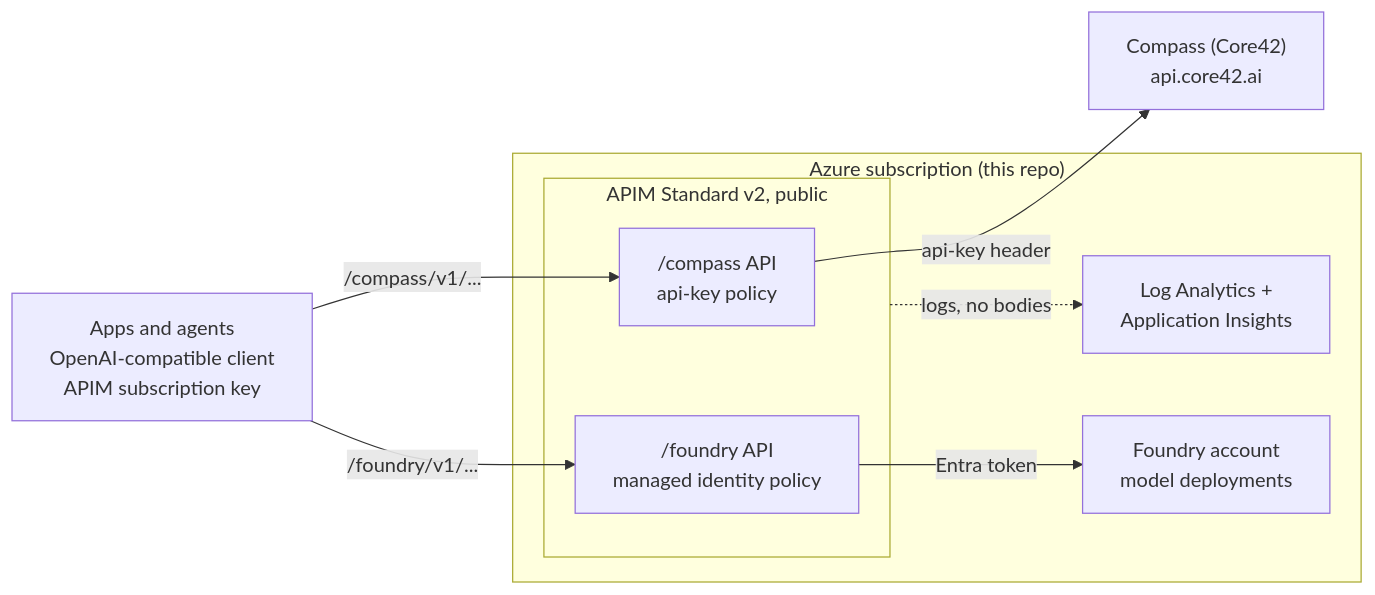
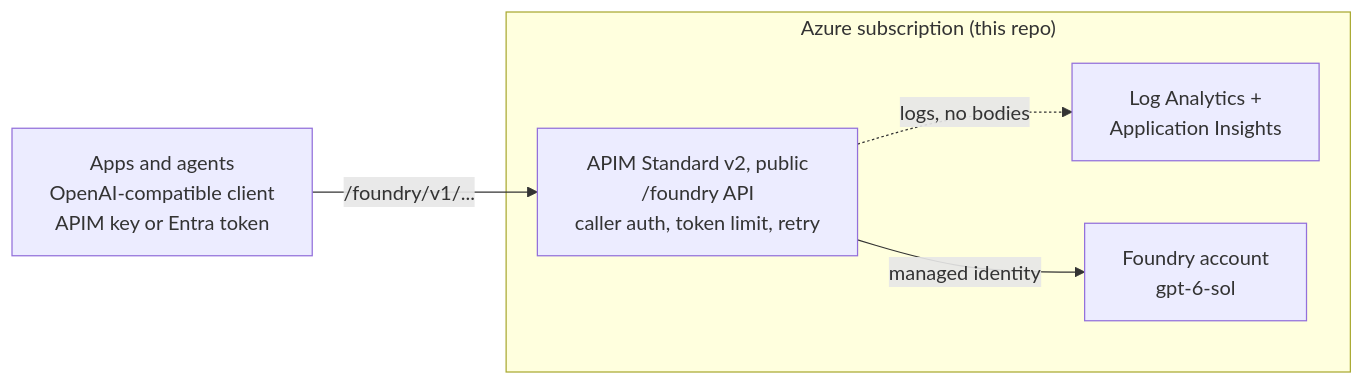
Before and after one commit to hamza-roujdami/apim-llm-gateway: the second of 2 diagrams in README.md, drawn with Mermaid. The commit also changed other lines of this file and 27 other files, not shown here.

First line of the commit message:
Foundry-only gateway with Entra auth, modules layout and a deployment test

````diff
--- a/README.md
+++ b/README.md
@@ -9,21 +46,14 @@
 ```mermaid
 flowchart LR
-    app["Apps and agents<br/>OpenAI-compatible client<br/>APIM subscription key"]
+    app["Apps and agents<br/>OpenAI-compatible client<br/>APIM key or Entra token"]
 
     subgraph azure["Azure subscription (this repo)"]
-        subgraph apim["APIM Standard v2, public"]
-            compassApi["/compass API<br/>api-key policy"]
-            foundryApi["/foundry API<br/>managed identity policy"]
-        end
+        apim["APIM Standard v2, public<br/>/foundry API<br/>caller auth, token limit, retry"]
         monitoring["Log Analytics +<br/>Application Insights"]
-        foundry["Foundry account<br/>model deployments"]
+        foundry["Foundry account<br/>gpt-6-sol"]
     end
 
-    compass["Compass (Core42)<br/>api.core42.ai"]
-
-    app -->|"/compass/v1/..."| compassApi
-    app -->|"/foundry/v1/..."| foundryApi
-    compassApi -->|"api-key header"| compass
-    foundryApi -->|"Entra token"| foundry
+    app -->|"/foundry/v1/..."| apim
+    apim -->|"managed identity"| foundry
     apim -.->|"logs, no bodies"| monitoring
 ```
````
